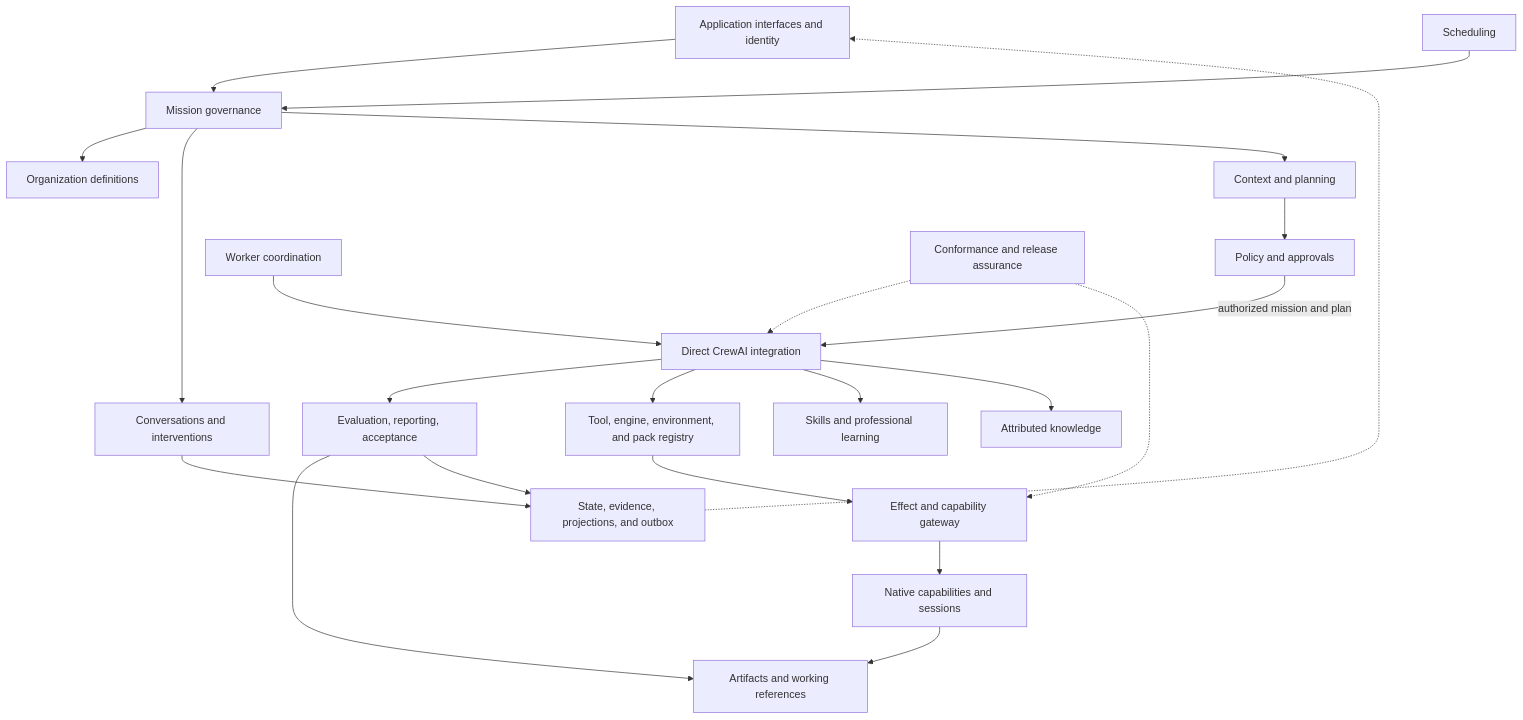
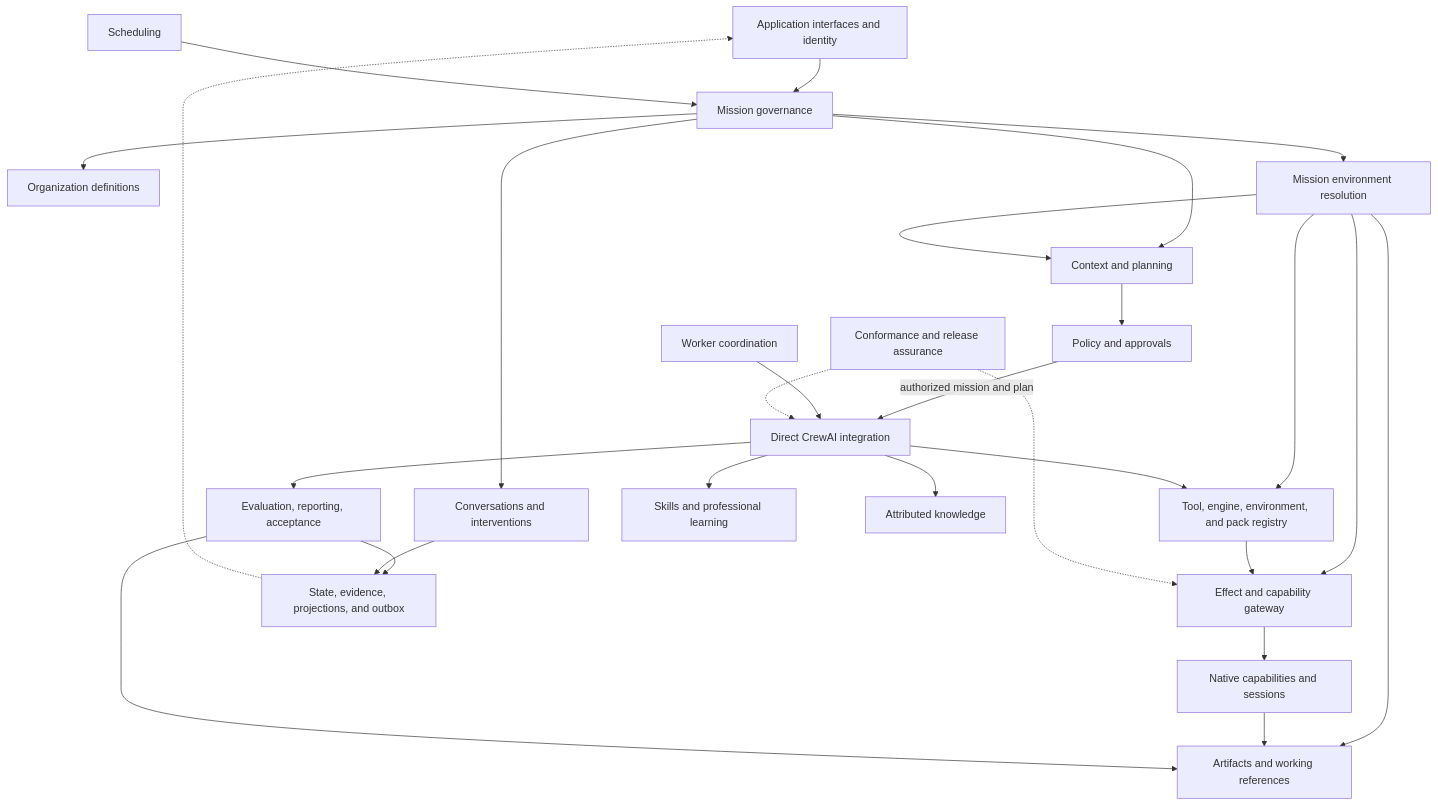
The second of 2 diagrams in docs/SYSTEM/ARCHITECTURE.md (Y4NN777/mishkan), drawn with Mermaid before and after one commit. The commit also changed other lines of this file and 1 other file, not shown here.

Commit message:
docs(model): derive mission environment behavior

````diff
--- a/docs/SYSTEM/ARCHITECTURE.md
+++ b/docs/SYSTEM/ARCHITECTURE.md
@@ -84,43 +84,49 @@
 ```mermaid
 flowchart TB
     API["Application interfaces and identity"]
     Org["Organization definitions"]
     Mission["Mission governance"]
     Conversation["Conversations and interventions"]
     Planning["Context and planning"]
     Policy["Policy and approvals"]
     Crew["Direct CrewAI integration"]
     Quality["Evaluation, reporting, acceptance"]
     Registry["Tool, engine, environment, and pack registry"]
+    Environment["Mission environment resolution"]
     Gateway["Effect and capability gateway"]
     Native["Native capabilities and sessions"]
     Skills["Skills and professional learning"]
     Knowledge["Attributed knowledge"]
     Artifacts["Artifacts and working references"]
     Events["State, evidence, projections, and outbox"]
     Scheduling["Scheduling"]
     Workers["Worker coordination"]
     Conformance["Conformance and release assurance"]
 
     API --> Mission
     Mission --> Org
     Mission --> Conversation
     Mission --> Planning
+    Mission --> Environment
     Planning --> Policy
+    Environment --> Planning
+    Environment --> Registry
+    Environment --> Gateway
+    Environment --> Artifacts
     Policy -->|"authorized mission and plan"| Crew
     Crew --> Quality
     Crew --> Registry
     Registry --> Gateway
     Crew --> Skills
     Crew --> Knowledge
     Gateway --> Native
     Native --> Artifacts
     Quality --> Artifacts
     Quality --> Events
     Conversation --> Events
     Scheduling --> Mission
     Workers --> Crew
     Events -.-> API
     Conformance -.-> Crew
     Conformance -.-> Gateway
 ```
````
